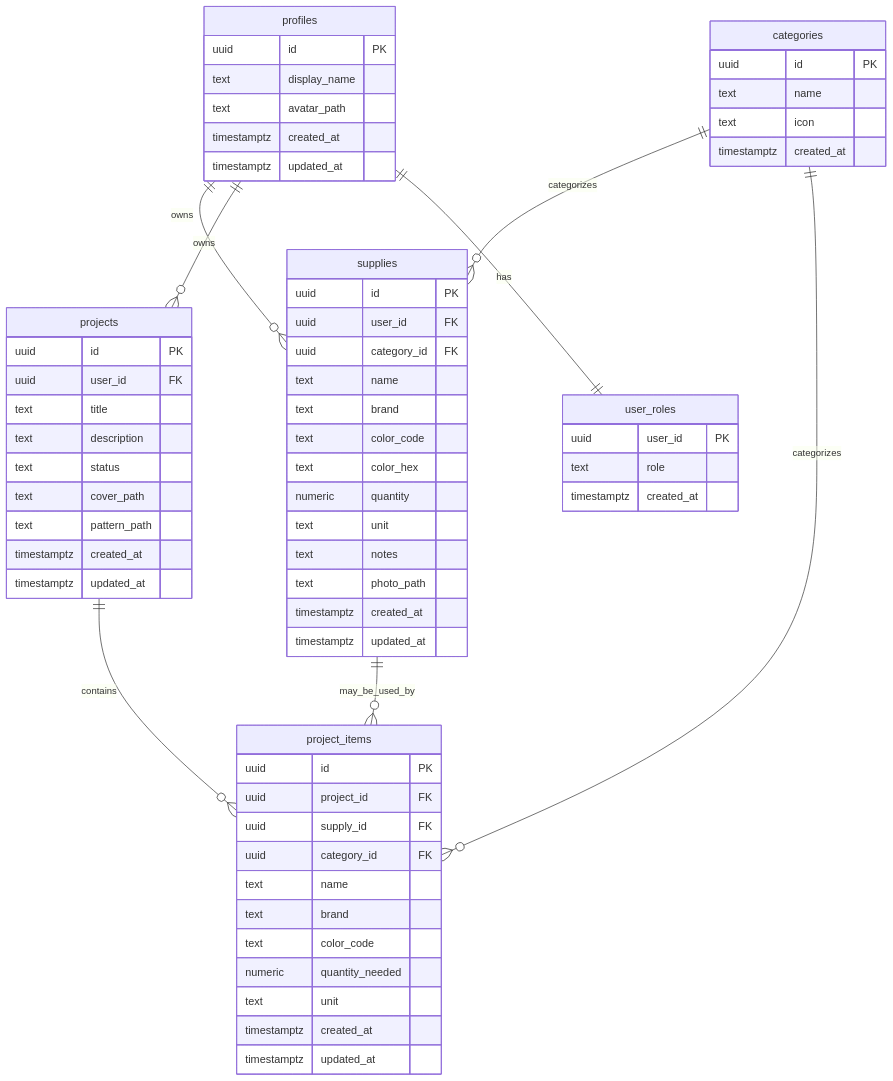
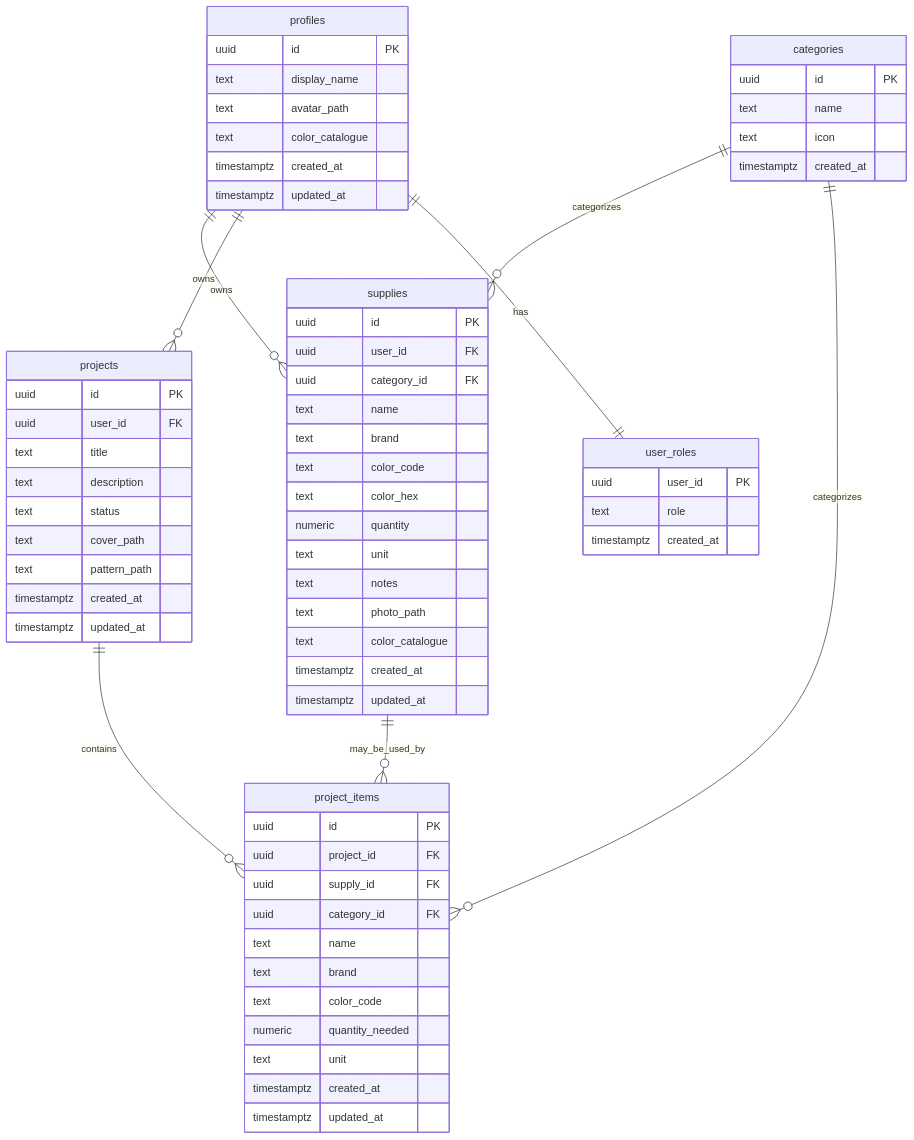
The diagram in docs/database.md (Brankovanov/stashly), drawn with Mermaid before and after one commit. The commit also changed other lines of this file and 4 other files, not shown here.

````diff
--- a/docs/database.md
+++ b/docs/database.md
@@ -50,73 +50,75 @@
 ```mermaid
 erDiagram
   profiles ||--o{ supplies : owns
   profiles ||--o{ projects : owns
   profiles ||--|| user_roles : has
   categories ||--o{ supplies : categorizes
   categories ||--o{ project_items : categorizes
   projects ||--o{ project_items : contains
   supplies ||--o{ project_items : may_be_used_by
 
   profiles {
     uuid id PK
     text display_name
     text avatar_path
+    text color_catalogue
     timestamptz created_at
     timestamptz updated_at
   }
 
   user_roles {
     uuid user_id PK
     text role
     timestamptz created_at
   }
 
   categories {
     uuid id PK
     text name
     text icon
     timestamptz created_at
   }
 
   supplies {
     uuid id PK
     uuid user_id FK
     uuid category_id FK
     text name
     text brand
     text color_code
     text color_hex
     numeric quantity
     text unit
     text notes
     text photo_path
+    text color_catalogue
     timestamptz created_at
     timestamptz updated_at
   }
 
   projects {
     uuid id PK
     uuid user_id FK
     text title
     text description
     text status
     text cover_path
     text pattern_path
     timestamptz created_at
     timestamptz updated_at
   }
 
   project_items {
     uuid id PK
     uuid project_id FK
     uuid supply_id FK
     uuid category_id FK
     text name
     text brand
     text color_code
     numeric quantity_needed
     text unit
     timestamptz created_at
     timestamptz updated_at
   }
 ```
````
